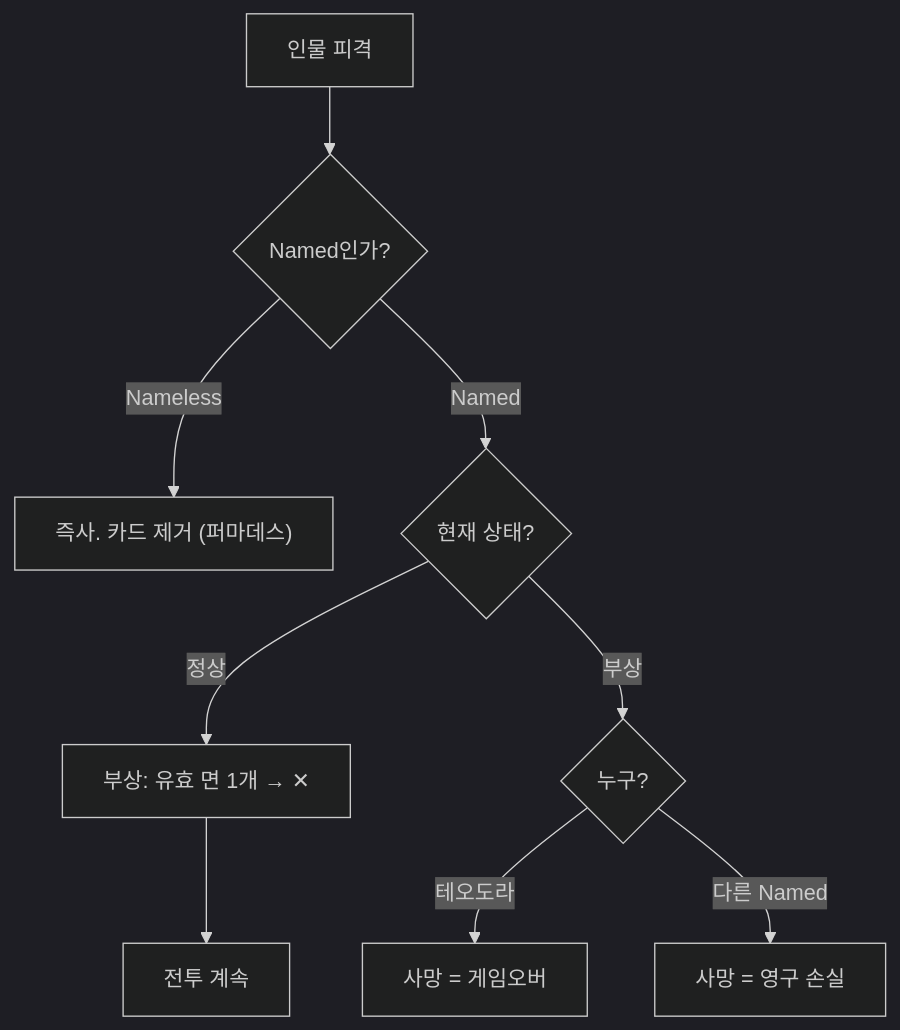
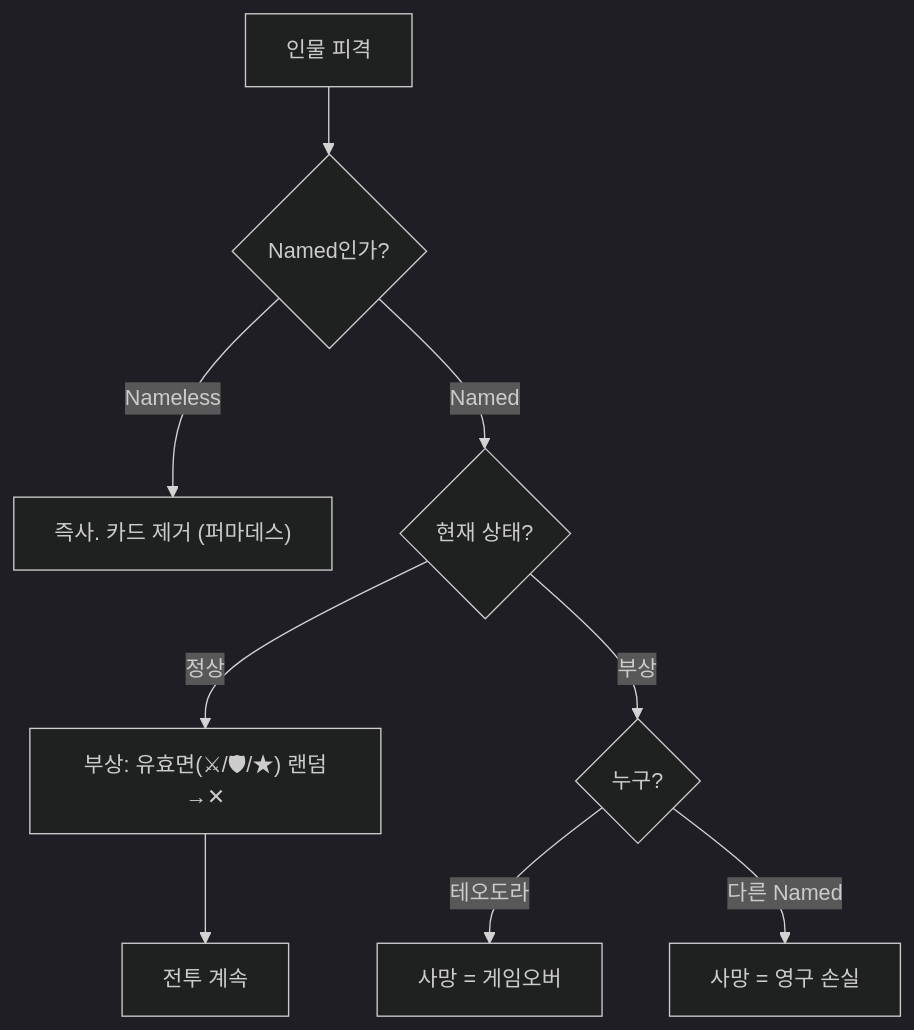
The first of 2 diagrams in 02_전투/판정/부상사망.md (roam1215-beep/Chronicle-wiki), drawn with Mermaid (dark theme) before and after one commit. The commit also changed other lines of this file and 8 other files, not shown here.

````diff
--- a/02_전투/판정/부상사망.md
+++ b/02_전투/판정/부상사망.md
@@ -65,11 +65,11 @@
 ```mermaid
 flowchart TD
     A["인물 피격"] --> B{Named인가?}
     B -->|Nameless| C["즉사. 카드 제거 (퍼마데스)"]
     B -->|Named| D{현재 상태?}
-    D -->|정상| E["부상: 유효 면 1개 → ✕"]
+    D -->|정상| E["부상: 유효면(⚔/🛡/★) 랜덤→✕"]
     D -->|부상| F{누구?}
     F -->|테오도라| G["사망 = 게임오버"]
     F -->|다른 Named| H["사망 = 영구 손실"]
     E --> I["전투 계속"]
 ```
````
